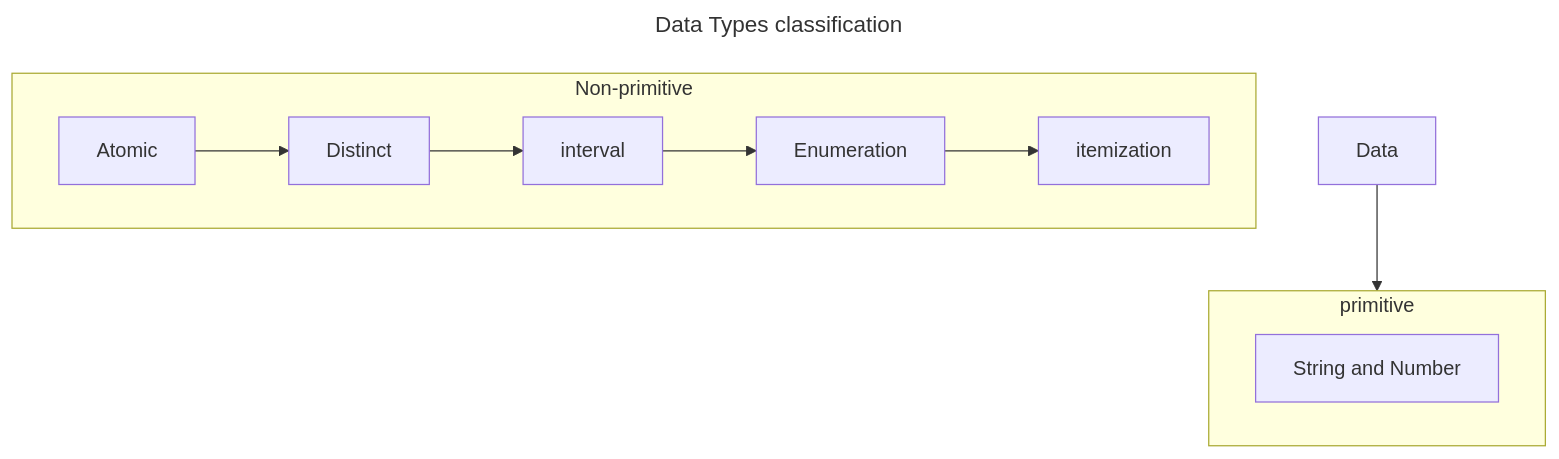
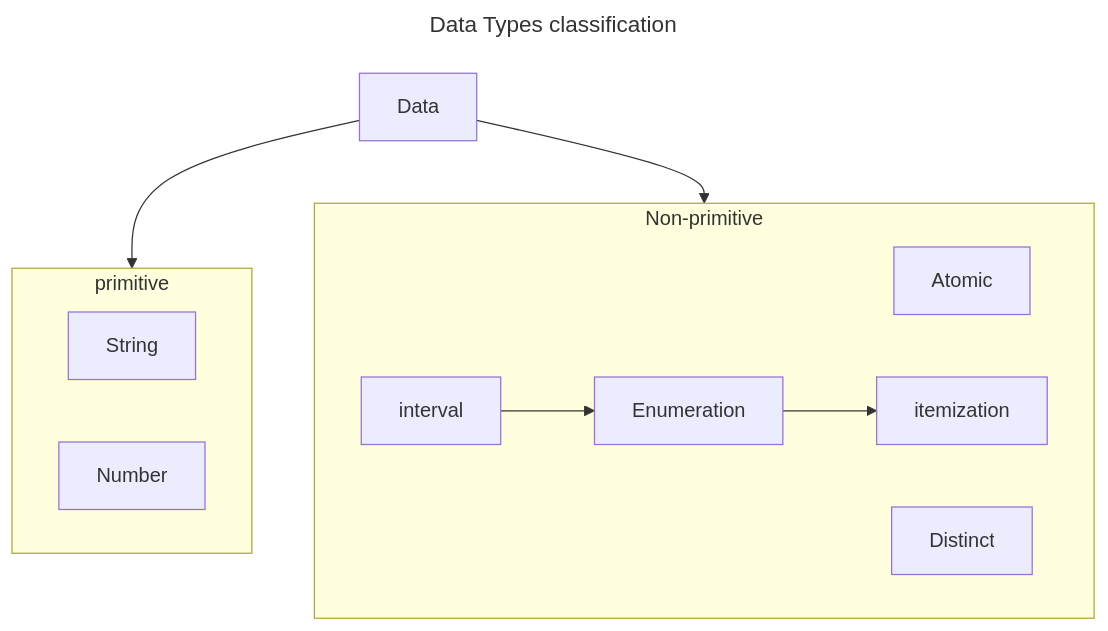
Before and after one commit to ssahu200122/Obsidian-vault: the diagram in Notes/OSSU/Core CS/Core Programming/Systemactic Program design/HtDD.md, drawn with Mermaid.

Commit message:
vault backup: 2025-03-06 22:40:33

````diff
--- a/Notes/OSSU/Core CS/Core Programming/Systemactic Program design/HtDD.md
+++ b/Notes/OSSU/Core CS/Core Programming/Systemactic Program design/HtDD.md
@@ -164,14 +164,17 @@
 ```mermaid
 ---
 title: Data Types classification
 ---
 flowchart TB
-    D[Data] --> primitive 
+    D[Data] --> primitive & NP
     subgraph primitive
-    PT[String and Number] 
+	String 
+	Number
     end
     subgraph NP[Non-primitive]
-    Atomic -->  Distinct --> interval --> Enumeration --> itemization
+    Atomic 
+    Distinct 
+    interval --> Enumeration --> itemization
     end
 
 ```
````
